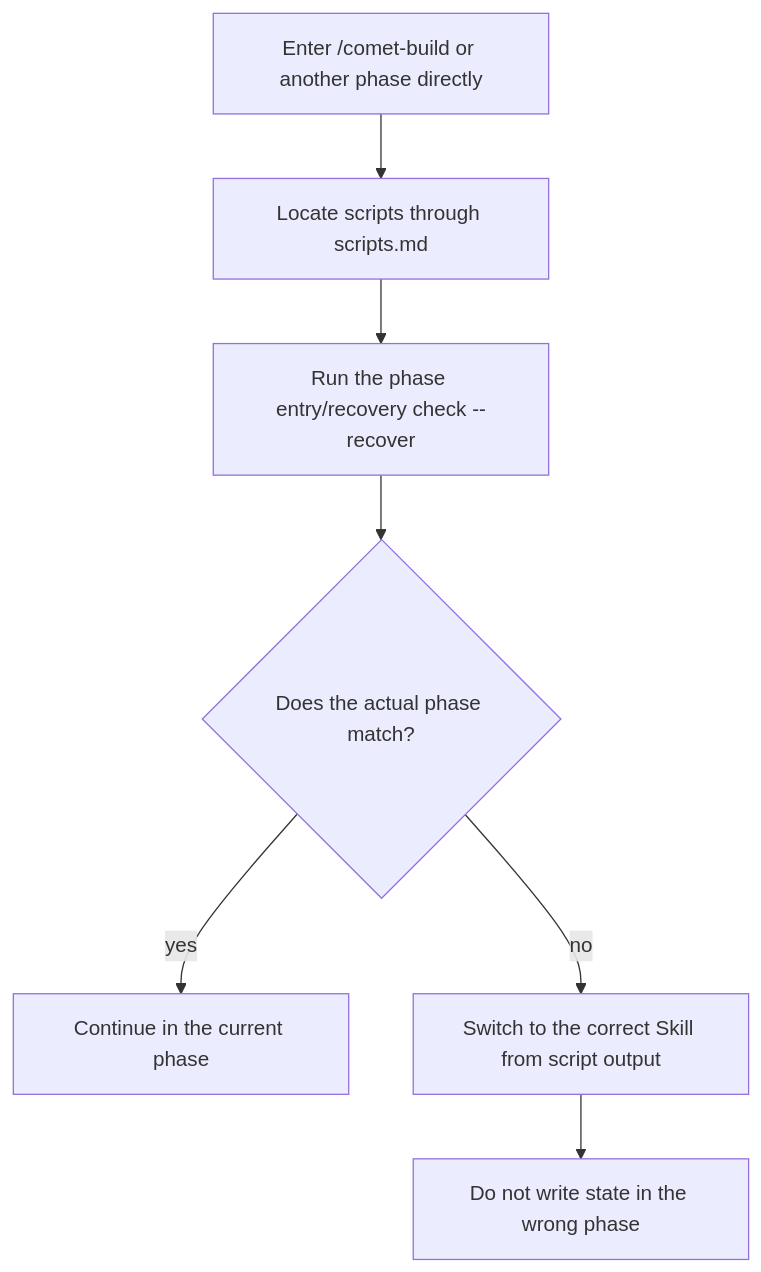
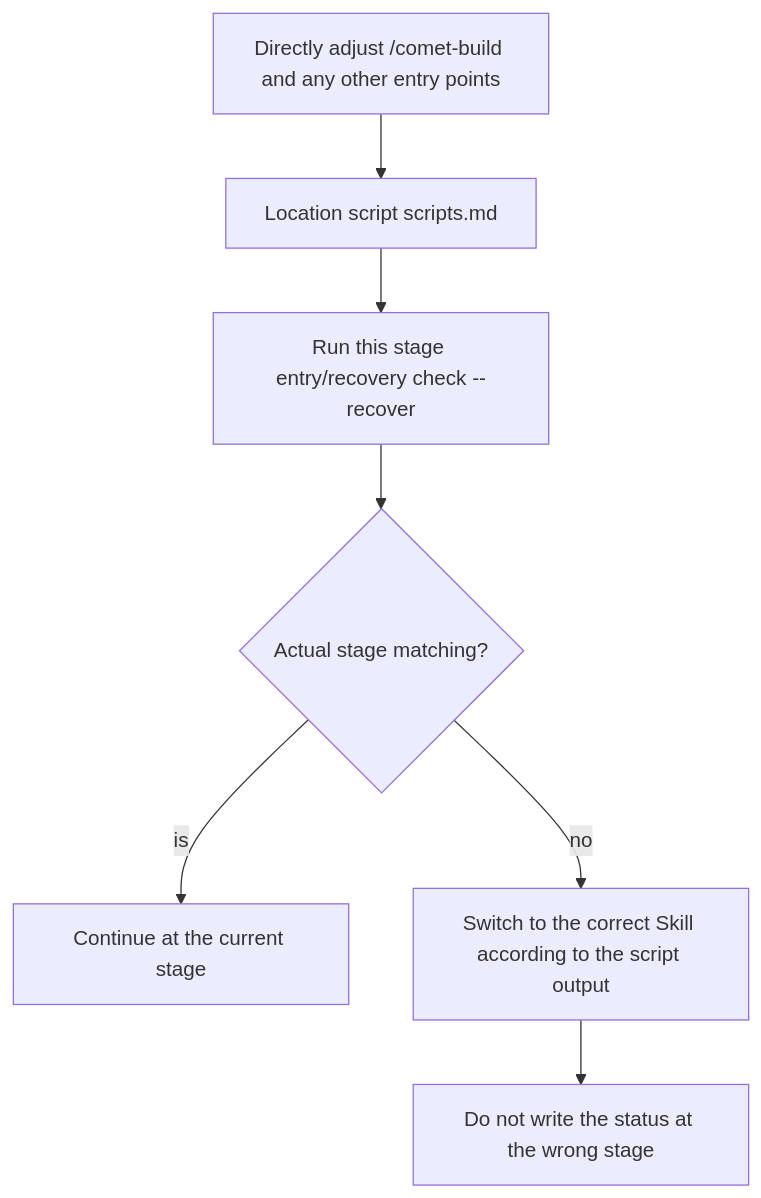
Before and after one commit to rpamis/comet-website-docs: the diagram in en/guides/resuming-workflow.mdx, drawn with Mermaid. The commit also changed other lines of this file and 158 other files, not shown here.

````diff
--- a/en/guides/resuming-workflow.mdx
+++ b/en/guides/resuming-workflow.mdx
@@ -119,9 +114,9 @@
 ```mermaid
 flowchart TD
-    A["Enter /comet-build or another phase directly"] --> B["Locate scripts through scripts.md"]
-    B --> C["Run the phase entry/recovery check --recover"]
-    C --> D{"Does the actual phase match?"}
-    D -->|yes| E["Continue in the current phase"]
-    D -->|no| F["Switch to the correct Skill from script output"]
-    F --> G["Do not write state in the wrong phase"]
+    A["Directly adjust /comet-build and any other entry points"] --> B["Location script scripts.md"]
+    B --> C["Run this stage entry/recovery check --recover"]
+    C --> D{"Actual stage matching?"}
+    D -->|is| E["Continue at the current stage"]
+    D -->|no| F["Switch to the correct Skill according to the script output"]
+    F --> G["Do not write the status at the wrong stage"]
 ```
````
